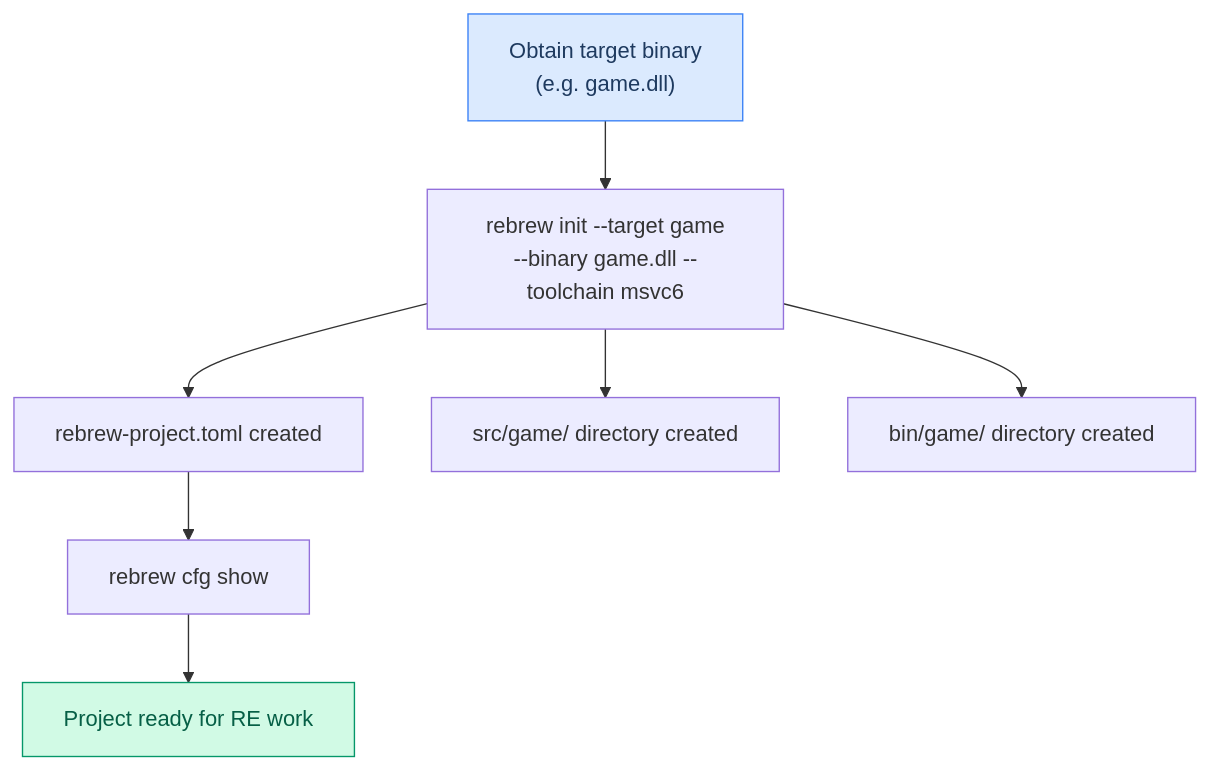
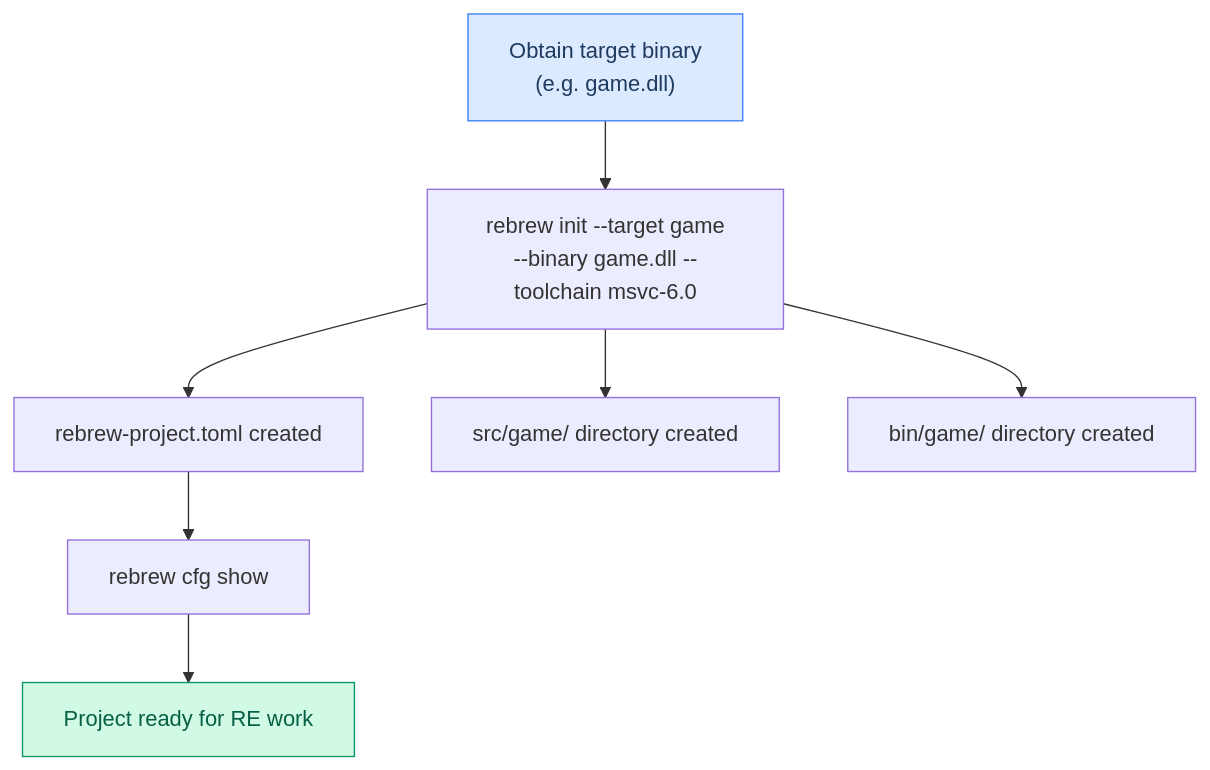
Before and after one commit to maci0/rebrew: the first of 16 diagrams in docs/USER_STORIES.md, drawn with Mermaid. The commit also changed 155 other files, not shown here.

````diff
--- a/docs/USER_STORIES.md
+++ b/docs/USER_STORIES.md
@@ -33,12 +33,12 @@
 ```mermaid
 graph TD
-    A["Obtain target binary<br/>(e.g. game.dll)"] --> B["rebrew init --target game<br/>--binary game.dll --toolchain msvc6"]
+    A["Obtain target binary<br/>(e.g. game.dll)"] --> B["rebrew init --target game<br/>--binary game.dll --toolchain msvc-6.0"]
     B --> C["rebrew-project.toml created"]
     B --> D["src/game/ directory created"]
     B --> E["bin/game/ directory created"]
     C --> F["rebrew cfg show"]
     F --> G["Project ready for RE work"]
 
     style A fill:#dbeafe,stroke:#3b82f6,color:#1e3a5f
     style G fill:#d1fae5,stroke:#059669,color:#065f46
 ```
````
